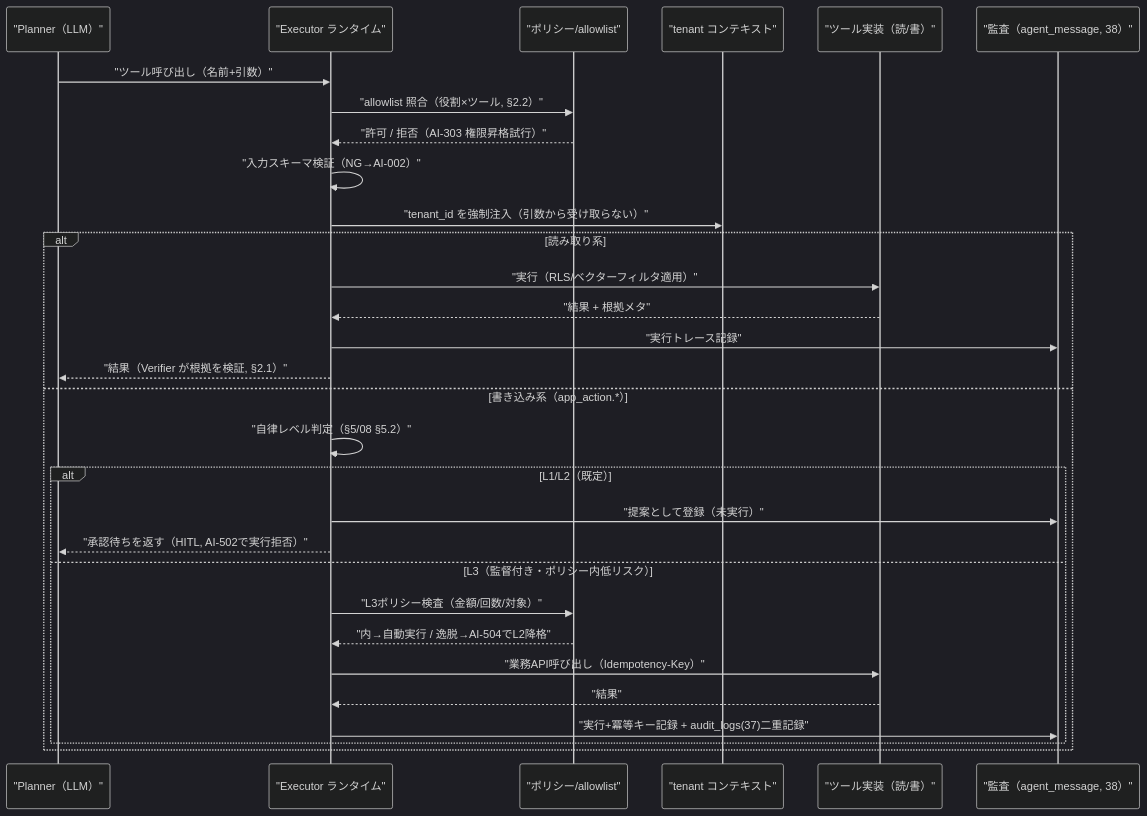
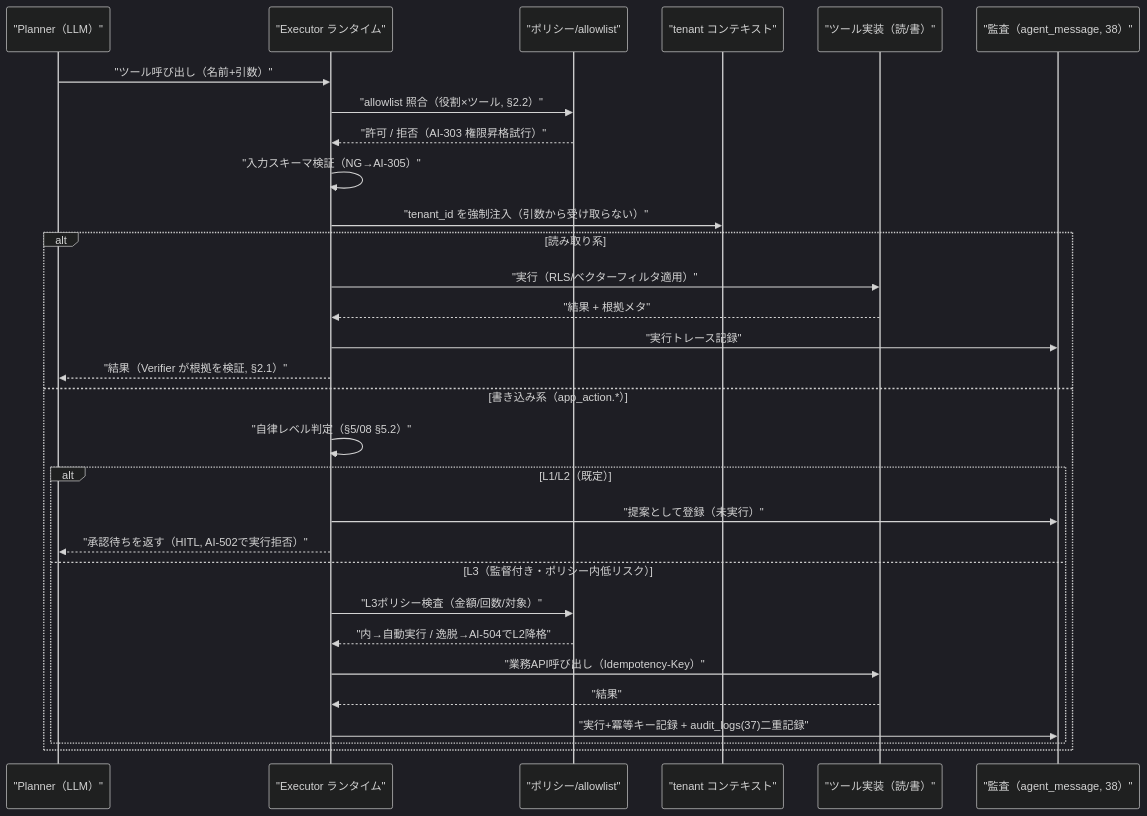
One commit to TSUNAGUBA/akebono-honshu changed the sixth of 9 diagrams in docs/platform-design/detailed-design/24-ai-agent-and-virtual-company.md. Above: the diagram before and after it, drawn with Mermaid (dark theme). The commit also changed other lines of this file and 30 other files, not shown here.

````diff
--- a/docs/platform-design/detailed-design/24-ai-agent-and-virtual-company.md
+++ b/docs/platform-design/detailed-design/24-ai-agent-and-virtual-company.md
@@ -276,32 +276,32 @@
 ```mermaid
 sequenceDiagram
     participant PL as "Planner（LLM）"
     participant EX as "Executor ランタイム"
     participant PO as "ポリシー/allowlist"
     participant TN as "tenant コンテキスト"
     participant TL as "ツール実装（読/書）"
     participant AU as "監査（agent_message, 38）"
     PL->>EX: "ツール呼び出し（名前+引数）"
     EX->>PO: "allowlist 照合（役割×ツール, §2.2）"
     PO-->>EX: "許可 / 拒否（AI-303 権限昇格試行）"
-    EX->>EX: "入力スキーマ検証（NG→AI-002）"
+    EX->>EX: "入力スキーマ検証（NG→AI-305）"
     EX->>TN: "tenant_id を強制注入（引数から受け取らない）"
     alt 読み取り系
         EX->>TL: "実行（RLS/ベクターフィルタ適用）"
         TL-->>EX: "結果 + 根拠メタ"
         EX->>AU: "実行トレース記録"
         EX-->>PL: "結果（Verifier が根拠を検証, §2.1）"
     else 書き込み系（app_action.*）
         EX->>EX: "自律レベル判定（§5/08 §5.2）"
         alt L1/L2（既定）
             EX->>AU: "提案として登録（未実行）"
             EX-->>PL: "承認待ちを返す（HITL, AI-502で実行拒否）"
         else L3（監督付き・ポリシー内低リスク）
             EX->>PO: "L3ポリシー検査（金額/回数/対象）"
             PO-->>EX: "内→自動実行 / 逸脱→AI-504でL2降格"
             EX->>TL: "業務API呼び出し（Idempotency-Key）"
             TL-->>EX: "結果"
             EX->>AU: "実行+冪等キー記録 + audit_logs(37)二重記録"
         end
     end
 ```
````
